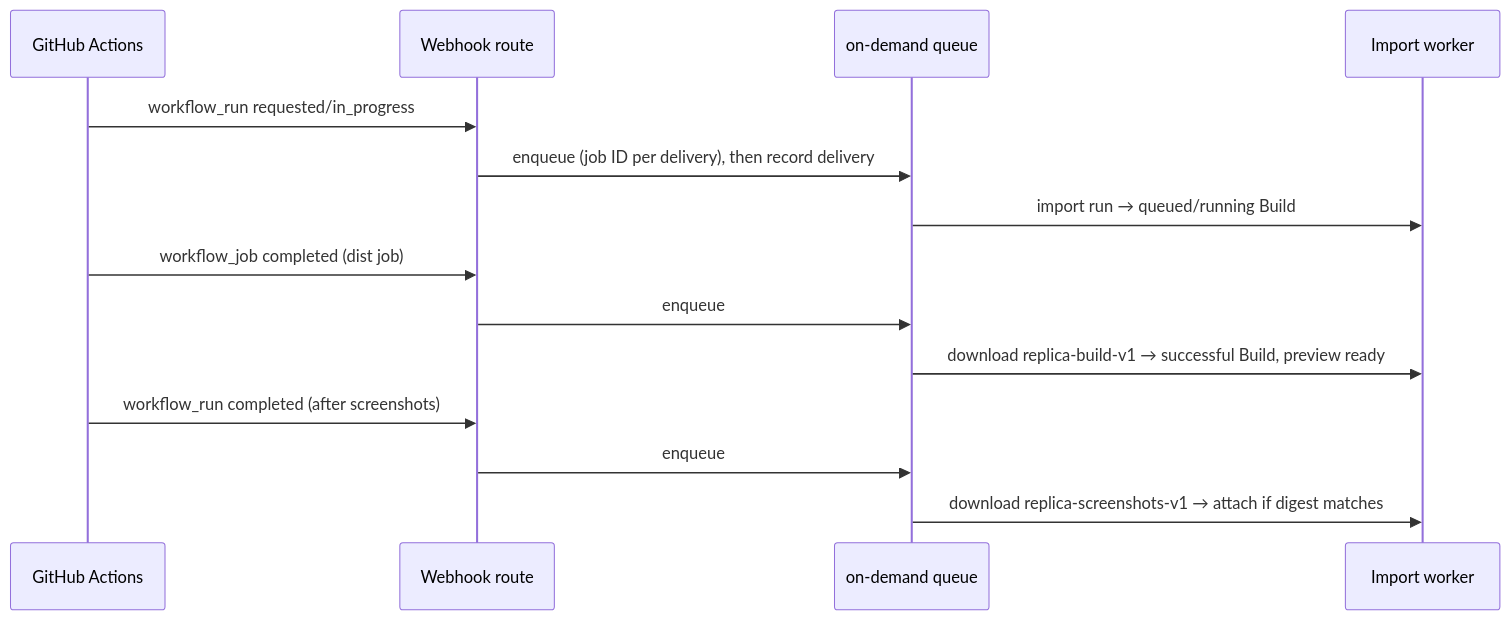
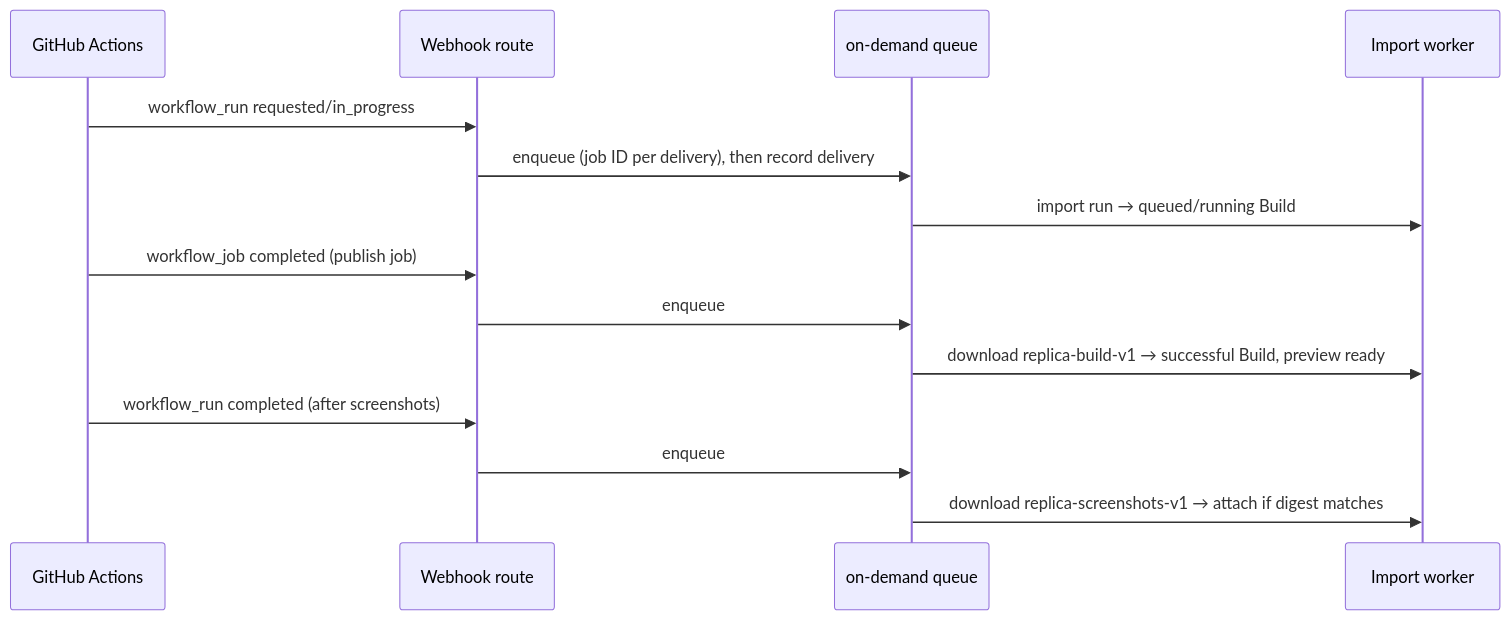
The diagram in hub/docs/github-actions-builds.md (github/replica), drawn with Mermaid before and after one commit. The commit also changed other lines of this file and 4 other files, not shown here.

````diff
--- a/hub/docs/github-actions-builds.md
+++ b/hub/docs/github-actions-builds.md
@@ -60,16 +60,16 @@
 ```mermaid
 sequenceDiagram
   participant GA as GitHub Actions
   participant W as Webhook route
   participant Q as on-demand queue
   participant I as Import worker
   GA->>W: workflow_run requested/in_progress
   W->>Q: enqueue (job ID per delivery), then record delivery
   Q->>I: import run → queued/running Build
-  GA->>W: workflow_job completed (dist job)
+  GA->>W: workflow_job completed (publish job)
   W->>Q: enqueue
   Q->>I: download replica-build-v1 → successful Build, preview ready
   GA->>W: workflow_run completed (after screenshots)
   W->>Q: enqueue
   Q->>I: download replica-screenshots-v1 → attach if digest matches
 ```
````
